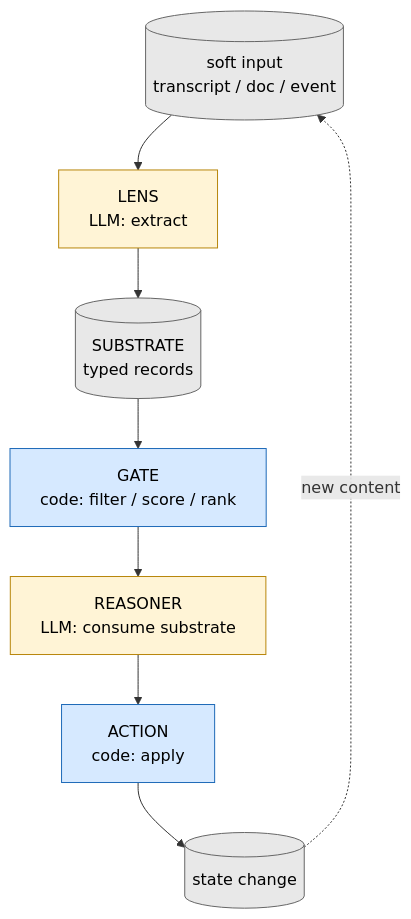
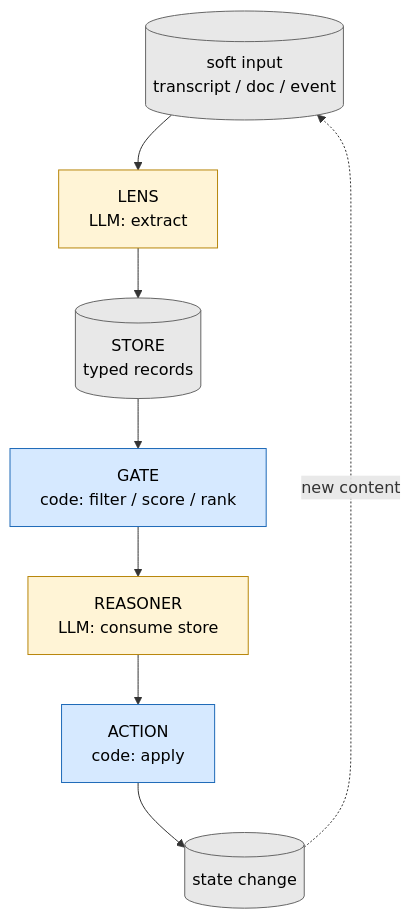
One commit to justinstimatze/hybrid changed the sixth of 15 diagrams in skills/hybrid-loops/references/BLOCK_GRAPHS.md. Above: the diagram before and after it, drawn with Mermaid. The commit also changed other lines of this file and 12 other files, not shown here.

First line of the commit message:
hybrid-loops: rename substrate role to store, README stripe-voice pass

````diff
--- a/skills/hybrid-loops/references/BLOCK_GRAPHS.md
+++ b/skills/hybrid-loops/references/BLOCK_GRAPHS.md
@@ -167,17 +167,17 @@
 ```mermaid
 flowchart TB
     classDef llm fill:#fff4d6,stroke:#b8860b,color:#000
     classDef code fill:#d6e9ff,stroke:#1e6ab8,color:#000
     classDef data fill:#e8e8e8,stroke:#666,color:#000
 
     soft[(soft input<br/>transcript / doc / event)]:::data
     lens["LENS<br/>LLM: extract"]:::llm
-    sub[(SUBSTRATE<br/>typed records)]:::data
+    store[(STORE<br/>typed records)]:::data
     gate["GATE<br/>code: filter / score / rank"]:::code
-    reason["REASONER<br/>LLM: consume substrate"]:::llm
+    reason["REASONER<br/>LLM: consume store"]:::llm
     action["ACTION<br/>code: apply"]:::code
     state[(state change)]:::data
 
-    soft --> lens --> sub --> gate --> reason --> action --> state
+    soft --> lens --> store --> gate --> reason --> action --> state
     state -. new content .-> soft
 ```
````
